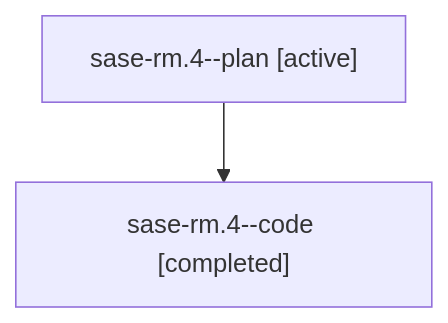
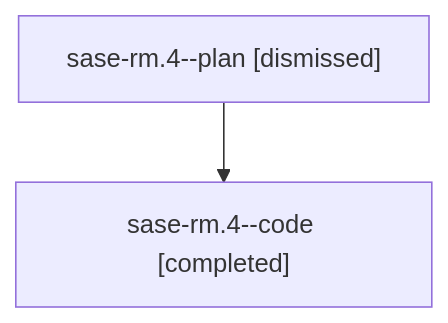
Before and after one commit to sase-org/sase--agents: the diagram in sessions/bbugyi200.athena.sase-rm.4.md, drawn with Mermaid. The commit also changed other lines of this file and 172 other files, not shown here.

````diff
--- a/sessions/bbugyi200.athena.sase-rm.4.md
+++ b/sessions/bbugyi200.athena.sase-rm.4.md
@@ -9,6 +9,6 @@
 ```mermaid
 flowchart TD
-  n0["sase-rm.4--plan [active]"]
+  n0["sase-rm.4--plan [dismissed]"]
   n1["sase-rm.4--code [completed]"]
   n0 --> n1
 ```
````
